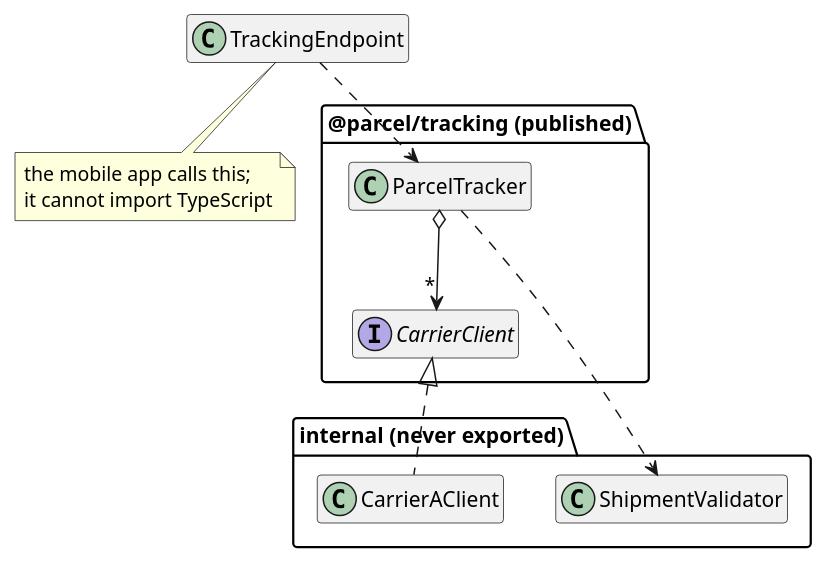
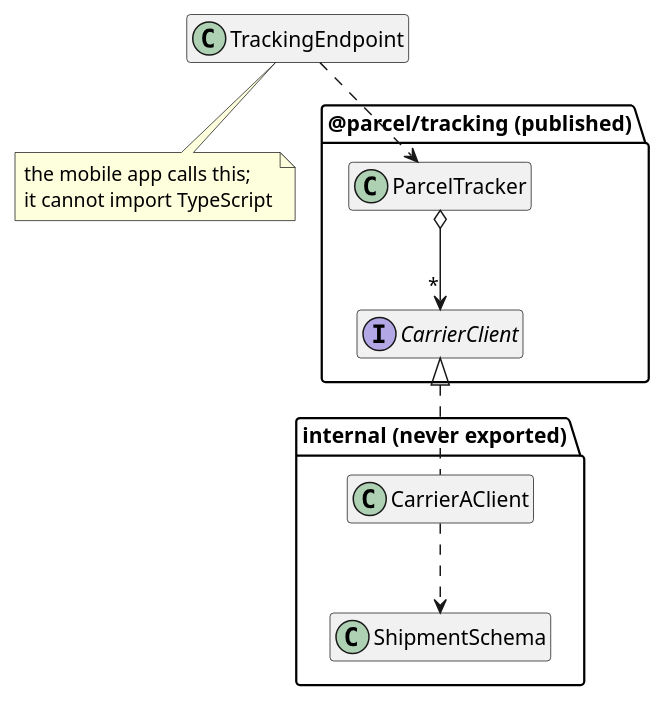
Before and after one commit to ubccpsc/210: the diagram in docs/part3/03_api_design.md, drawn with PlantUML. The commit also changed other lines of this file and 6 other files, not shown here.

````diff
--- a/docs/part3/03_api_design.md
+++ b/docs/part3/03_api_design.md
@@ -24,30 +24,30 @@
 ```plantuml
 @startuml
 
 hide empty members
 skinparam groupInheritance 2
 
 package "@parcel/tracking (published)" {
   class ParcelTracker
   interface CarrierClient
 }
 
 package "internal (never exported)" {
   class CarrierAClient
-  class ShipmentValidator
+  class ShipmentSchema
 }
 
 class TrackingEndpoint
 
 ParcelTracker o--> "*" CarrierClient
 CarrierClient <|.. CarrierAClient
-ParcelTracker ..> ShipmentValidator
+CarrierAClient ..> ShipmentSchema
 TrackingEndpoint ..> ParcelTracker
 
 note bottom of TrackingEndpoint
   the mobile app calls this;
   it cannot import TypeScript
 end note
 
 @enduml
 ```
````
